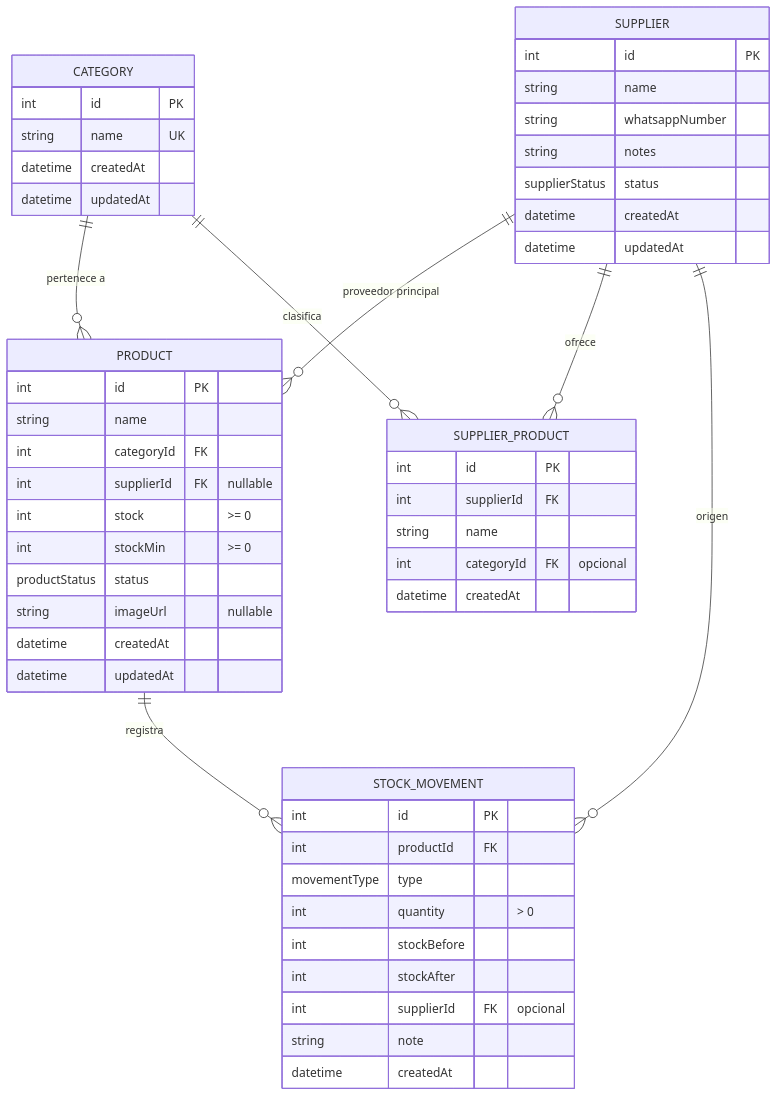
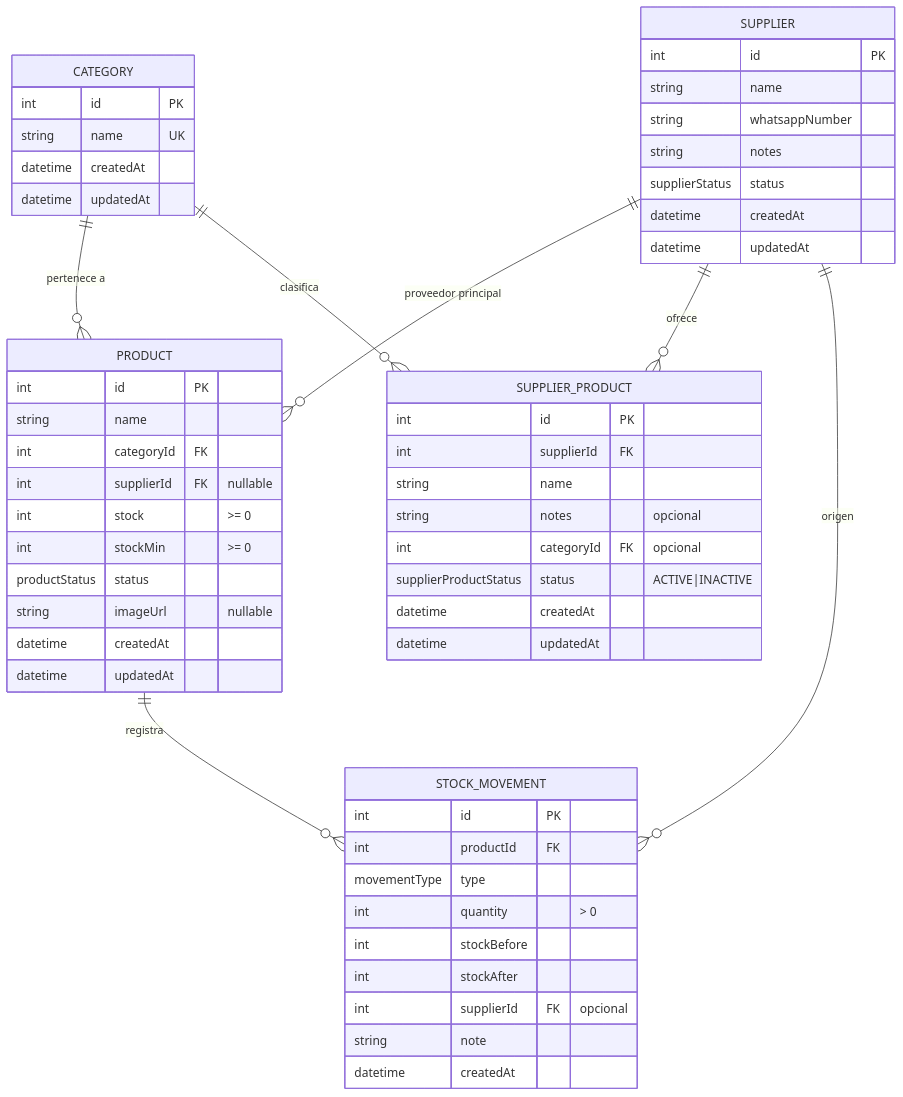
Before and after one commit to Ths-c/La-cucha: the diagram in docs/database.md, drawn with Mermaid. The commit also changed 7 other files, not shown here.

````diff
--- a/docs/database.md
+++ b/docs/database.md
@@ -9,55 +9,58 @@
 ```mermaid
 erDiagram
     CATEGORY ||--o{ PRODUCT : "pertenece a"
     SUPPLIER ||--o{ PRODUCT : "proveedor principal"
     SUPPLIER ||--o{ SUPPLIER_PRODUCT : "ofrece"
     CATEGORY ||--o{ SUPPLIER_PRODUCT : "clasifica"
     PRODUCT ||--o{ STOCK_MOVEMENT : "registra"
     SUPPLIER ||--o{ STOCK_MOVEMENT : "origen"
 
     CATEGORY {
         int id PK
         string name UK
         datetime createdAt
         datetime updatedAt
     }
     SUPPLIER {
         int id PK
         string name
         string whatsappNumber
         string notes
         supplierStatus status
         datetime createdAt
         datetime updatedAt
     }
     PRODUCT {
         int id PK
         string name
         int categoryId FK
         int supplierId FK "nullable"
         int stock ">= 0"
         int stockMin ">= 0"
         productStatus status
         string imageUrl "nullable"
         datetime createdAt
         datetime updatedAt
     }
     SUPPLIER_PRODUCT {
         int id PK
         int supplierId FK
         string name
+        string notes "opcional"
         int categoryId FK "opcional"
+        supplierProductStatus status "ACTIVE|INACTIVE"
         datetime createdAt
+        datetime updatedAt
     }
     STOCK_MOVEMENT {
         int id PK
         int productId FK
         movementType type
         int quantity "> 0"
         int stockBefore
         int stockAfter
         int supplierId FK "opcional"
         string note
         datetime createdAt
     }
 ```
````
